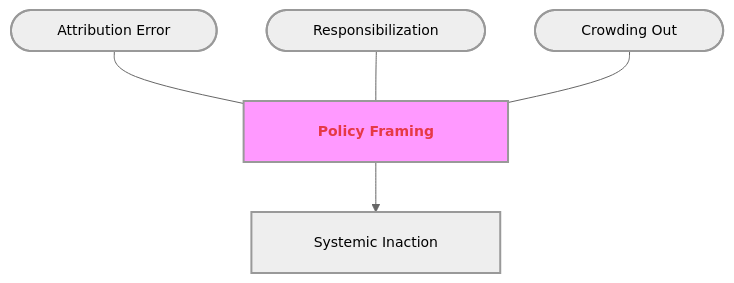
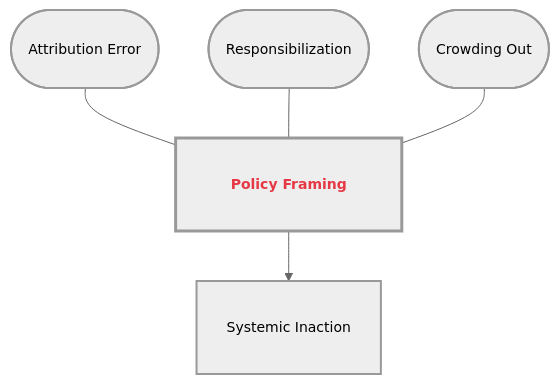
The sixth of 8 diagrams in Communication_Influence/Mastery_Guide_SOW_BS033.md (GM024/CourseSummaries), drawn with Mermaid before and after one commit. The commit also changed other lines of this file, not shown here.

Commit message:
Dynamic Box Standard: CSS-driven padding and HTML bolding for perfect diagram rendering

````diff
--- a/Communication_Influence/Mastery_Guide_SOW_BS033.md
+++ b/Communication_Influence/Mastery_Guide_SOW_BS033.md
@@ -204,14 +204,14 @@
 ```mermaid
-%%{init: { 'flowchart': { 'padding': 20, 'nodeSpacing': 50, 'rankSpacing': 50, 'useMaxWidth': false }, 'theme': 'neutral', 'themeVariables': { 'fontSize': '14px' }}}%%
+%%{init: { 'flowchart': { 'useMaxWidth': false, 'htmlLabels': true }, 'theme': 'neutral', 'themeVariables': { 'fontSize': '14px' }}}%%
 graph TD
-    Hub["&nbsp;&nbsp;&nbsp;&nbsp;&nbsp;&nbsp; <span style='color:#e63946'><b>Policy Framing</b></span> &nbsp;&nbsp;&nbsp;&nbsp;&nbsp;&nbsp;"]:::hubNode
+    classDef sandbox padding-left:20px,padding-right:20px,padding-top:10px,padding-bottom:10px,stroke-width:2px;
+    classDef hub padding-left:25px,padding-right:25px,padding-top:15px,padding-bottom:15px,stroke-width:3px,font-weight:bold;
+
+    Hub["<span style='color:#e63946'><b>Policy Framing</b></span>"]:::hub
     
-    S1(["&nbsp;&nbsp;&nbsp;&nbsp;&nbsp;&nbsp; Attribution Error &nbsp;&nbsp;&nbsp;&nbsp;&nbsp;&nbsp;"]) --- Hub
-    S2(["&nbsp;&nbsp;&nbsp;&nbsp;&nbsp;&nbsp; Responsibilization &nbsp;&nbsp;&nbsp;&nbsp;&nbsp;&nbsp;"]) --- Hub
-    S3(["&nbsp;&nbsp;&nbsp;&nbsp;&nbsp;&nbsp; Crowding Out &nbsp;&nbsp;&nbsp;&nbsp;&nbsp;&nbsp;"]) --- Hub
+    S1(["Attribution Error"]):::sandbox --- Hub
+    S2(["Responsibilization"]):::sandbox --- Hub
+    S3(["Crowding Out"]):::sandbox --- Hub
     
-    Hub --> B1["&nbsp;&nbsp;&nbsp;&nbsp; Systemic Inaction &nbsp;&nbsp;&nbsp;&nbsp;"]
-    
-    classDef hubNode font-weight:bold,stroke-width:2px,fill:#f9f;
-    classDef default stroke-width:2px;
+    Hub --> B1["Systemic Inaction"]:::sandbox
 ```
````
